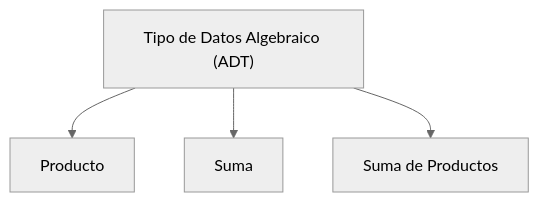
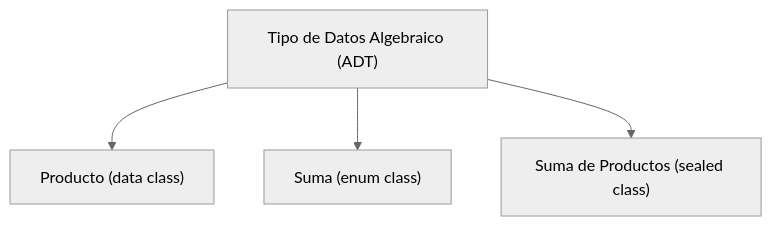
Before and after one commit to r8vnhill/dibs-docusaurus: the diagram in docs/type-fundamentals/algebraic-data-types/adt-overview.mdx, drawn with Mermaid (neutral theme). The commit also changed other lines of this file, not shown here.

````diff
--- a/docs/type-fundamentals/algebraic-data-types/adt-overview.mdx
+++ b/docs/type-fundamentals/algebraic-data-types/adt-overview.mdx
@@ -82,7 +119,7 @@
 ```mermaid
 graph TD
   ADT["Tipo de Datos Algebraico (ADT)"]
-  ADT --> Prod["Producto"]
-  ADT --> Sum["Suma"]
-  ADT --> Mix["Suma de Productos"]
+  ADT --> Prod["Producto (data class)"]
+  ADT --> Sum["Suma (enum class)"]
+  ADT --> Mix["Suma de Productos (sealed class)"]
 ```
````
